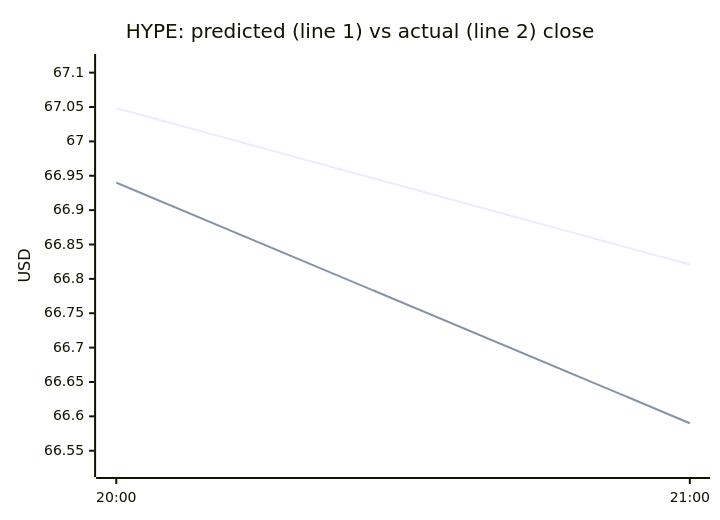
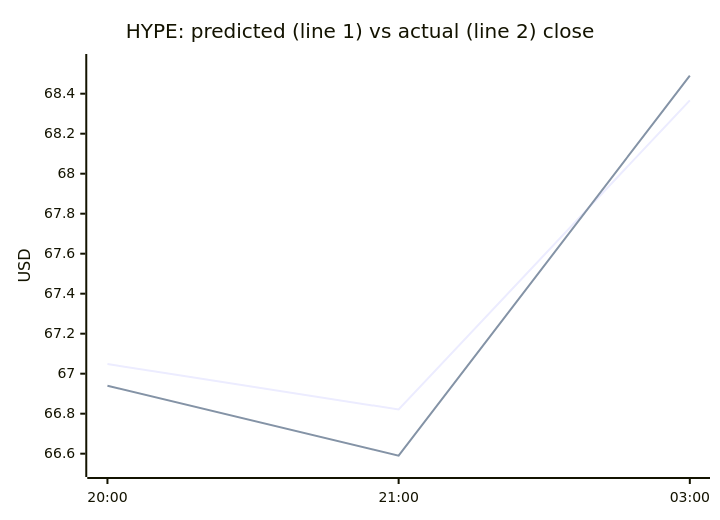
One commit to samuelkreitl-wq/crypto-hourly-forecaster changed the fourth of 4 diagrams in README.md. Above: the diagram before and after it, drawn with Mermaid. The commit also changed other lines of this file and 14 other files, not shown here.

````diff
--- a/README.md
+++ b/README.md
@@ -65,8 +65,8 @@
 ```mermaid
 xychart-beta
     title "HYPE: predicted (line 1) vs actual (line 2) close"
-    x-axis ["20:00", "21:00"]
-    y-axis "USD" 66.5234 --> 67.1155
-    line [67.0484, 66.8208]
-    line [66.9400, 66.5900]
+    x-axis ["20:00", "21:00", "03:00"]
+    y-axis "USD" 66.5234 --> 68.5585
+    line [67.0484, 66.8208, 68.3664]
+    line [66.9400, 66.5900, 68.4900]
 ```
````
